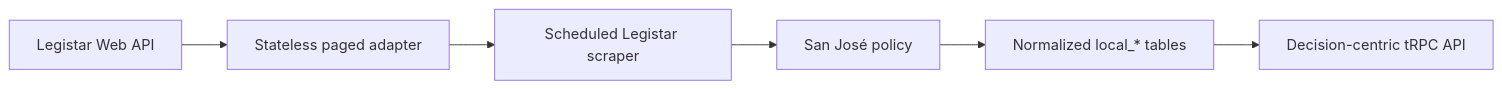
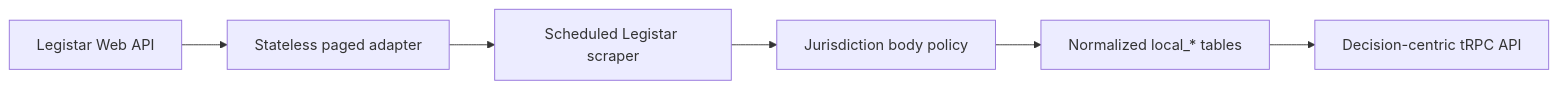
The second of 2 diagrams in docs/local-government-legistar.md (billion-app/billion), drawn with Mermaid before and after one commit. The commit also changed other lines of this file and 6 other files, not shown here.

````diff
--- a/docs/local-government-legistar.md
+++ b/docs/local-government-legistar.md
@@ -41,8 +39,8 @@
 ```mermaid
 flowchart LR
     api["Legistar Web API"] --> transport["Stateless paged adapter"]
     transport --> scraper["Scheduled Legistar scraper"]
-    scraper --> policy["San José policy"]
+    scraper --> policy["Jurisdiction body policy"]
     policy --> db["Normalized local_* tables"]
     db --> read["Decision-centric tRPC API"]
 ```
````
